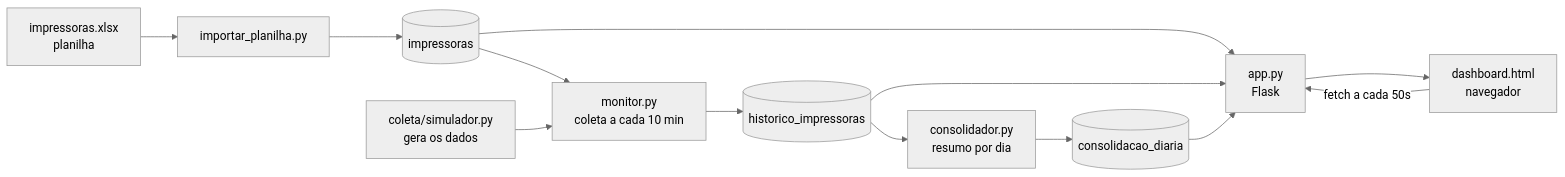
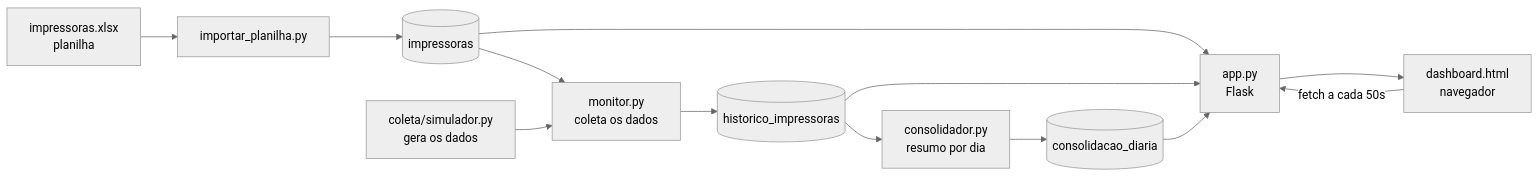
Before and after one commit to junior48548332-dotcom/Projeto-Impressoras: the diagram in README.md, drawn with Mermaid (neutral theme). The commit also changed other lines of this file and 2 other files, not shown here.

Commit message:
Alterar o `monitor.py` para executar uma coleta e terminar, modo continuo uso local

````diff
--- a/README.md
+++ b/README.md
@@ -26,15 +26,15 @@
 ```mermaid
 flowchart LR
     X[impressoras.xlsx<br/>planilha] --> I[importar_planilha.py]
     I --> T[(impressoras)]
-    T --> M[monitor.py<br/>coleta a cada 10 min]
+    T --> M[monitor.py<br/>coleta os dados]
     S[coleta/simulador.py<br/>gera os dados] --> M
     M --> H[(historico_impressoras)]
     H --> C[consolidador.py<br/>resumo por dia]
     C --> D[(consolidacao_diaria)]
     T --> A[app.py<br/>Flask]
     H --> A
     D --> A
     A --> W[dashboard.html<br/>navegador]
     W -->|fetch a cada 50s| A
 ```
````
